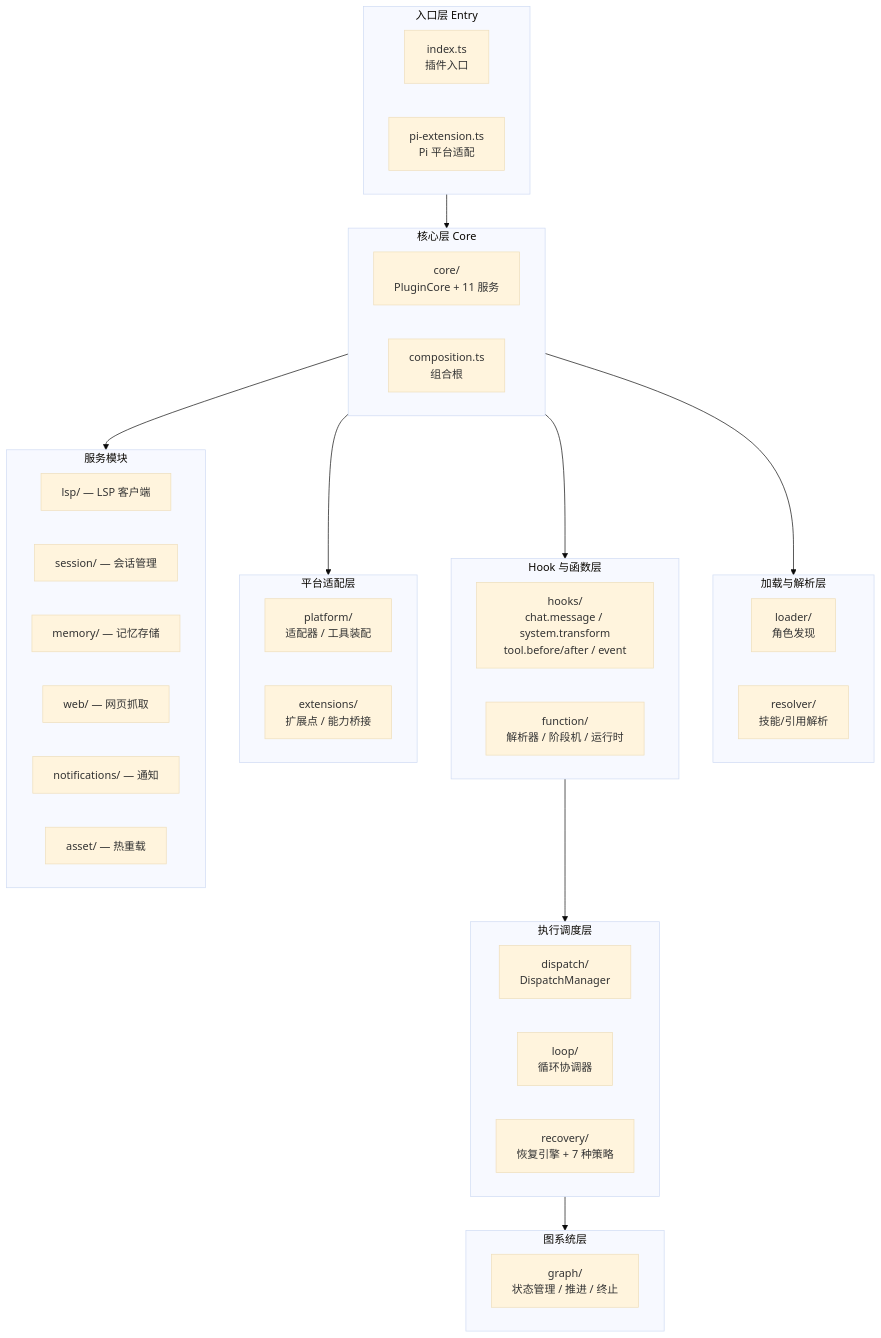
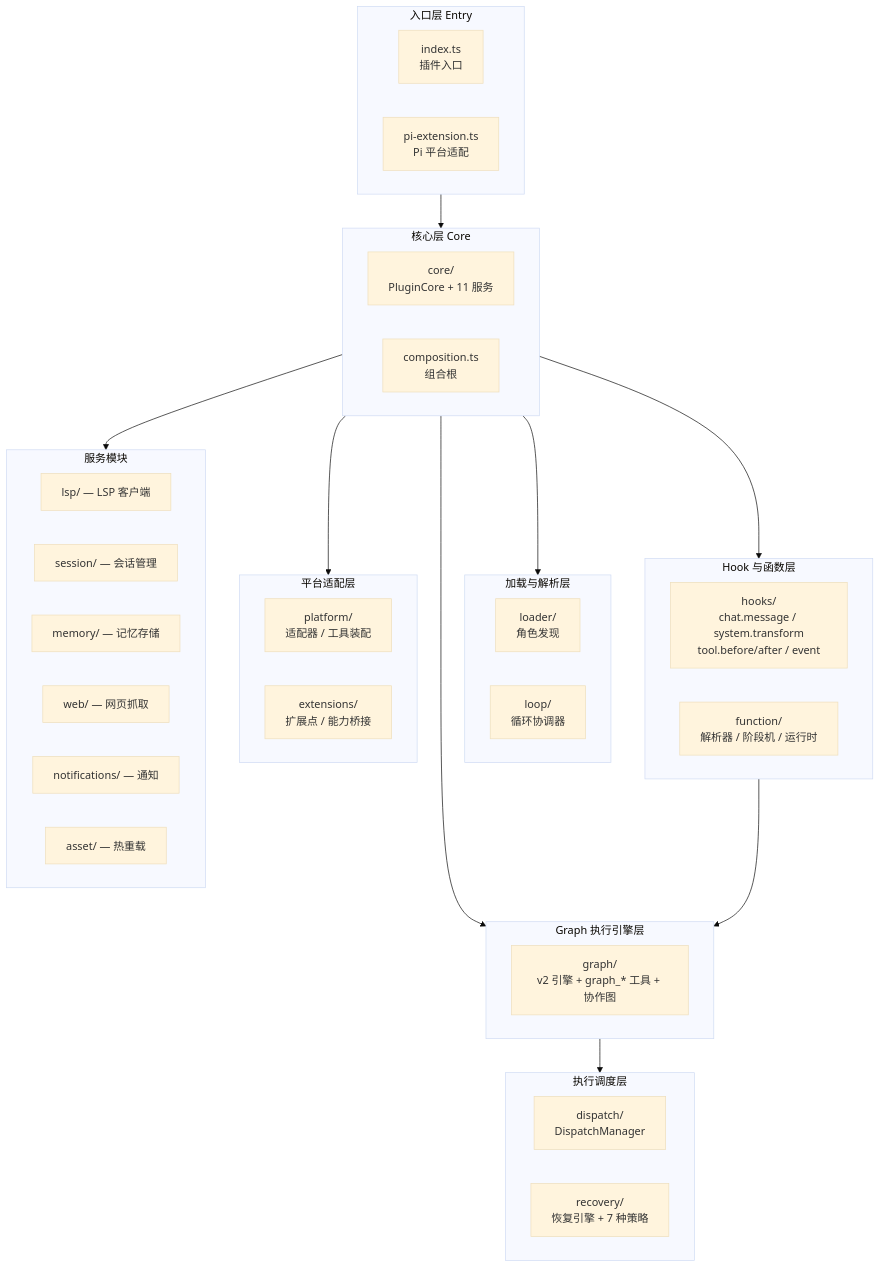
The second of 2 diagrams in docs/01-Overview/architecture-overview.md (EricMoin/rolebox-docs), drawn with Mermaid (base theme) before and after one commit. The commit also changed other lines of this file and 13 other files, not shown here.

Commit message:
docs: align docs with v2 graph engine (dispatch to graph/task, collaboration rename)

````diff
--- a/docs/01-Overview/architecture-overview.md
+++ b/docs/01-Overview/architecture-overview.md
@@ -193,54 +214,55 @@
 ```mermaid
 graph TD
     subgraph Entry["入口层 Entry"]
         E1["index.ts<br/>插件入口"]
         E2["pi-extension.ts<br/>Pi 平台适配"]
     end
 
     subgraph Core["核心层 Core"]
         C1["core/<br/>PluginCore + 11 服务"]
         C2["composition.ts<br/>组合根"]
     end
 
     subgraph LoadRes["加载与解析层"]
         L1["loader/<br/>角色发现"]
         L2["resolver/<br/>技能/引用解析"]
     end
 
     subgraph HookFunc["Hook 与函数层"]
         H1["hooks/<br/>chat.message / system.transform<br/>tool.before/after / event"]
         F1["function/<br/>解析器 / 阶段机 / 运行时"]
     end
 
     subgraph Exec["执行调度层"]
         D1["dispatch/<br/>DispatchManager"]
-        D2["loop/<br/>循环协调器"]
+        L2["loop/<br/>循环协调器"]
         R1["recovery/<br/>恢复引擎 + 7 种策略"]
     end
 
-    subgraph GraphL["图系统层"]
-        G1["graph/<br/>状态管理 / 推进 / 终止"]
+    subgraph GraphL["Graph 执行引擎层"]
+        G1["graph/<br/>v2 引擎 + graph_* 工具 + 协作图"]
     end
 
     subgraph Platform["平台适配层"]
         P1["platform/<br/>适配器 / 工具装配"]
         P2["extensions/<br/>扩展点 / 能力桥接"]
     end
 
     subgraph Services["服务模块"]
         S1["lsp/ — LSP 客户端"]
         S2["session/ — 会话管理"]
         S3["memory/ — 记忆存储"]
         S4["web/ — 网页抓取"]
         S5["notifications/ — 通知"]
         S6["asset/ — 热重载"]
     end
 
     Entry --> Core
     Core --> LoadRes
     Core --> HookFunc
-    HookFunc --> Exec
-    Exec --> GraphL
+    Core --> GraphL
+    HookFunc --> GraphL
+    GraphL --> Exec
     Core --> Platform
     Core --> Services
 ```
````
